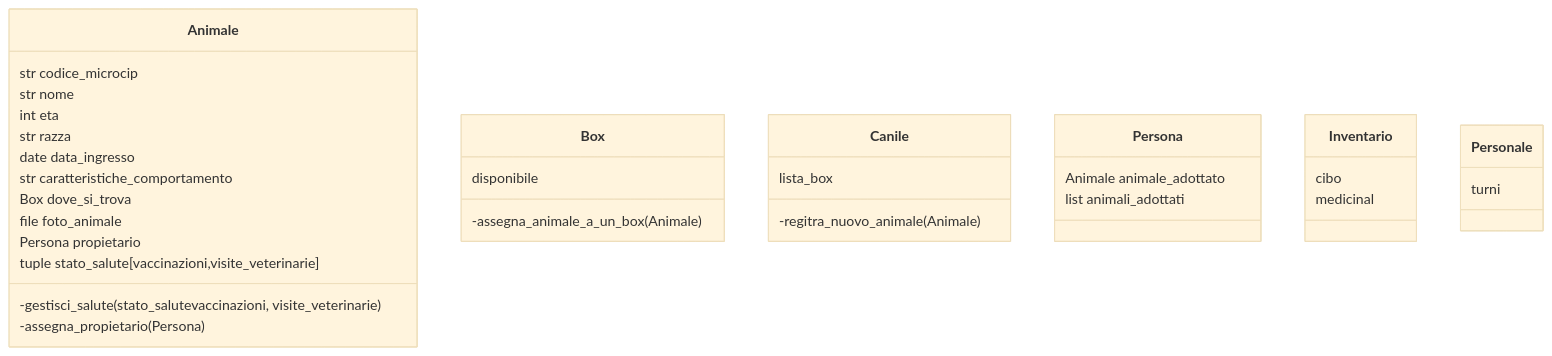
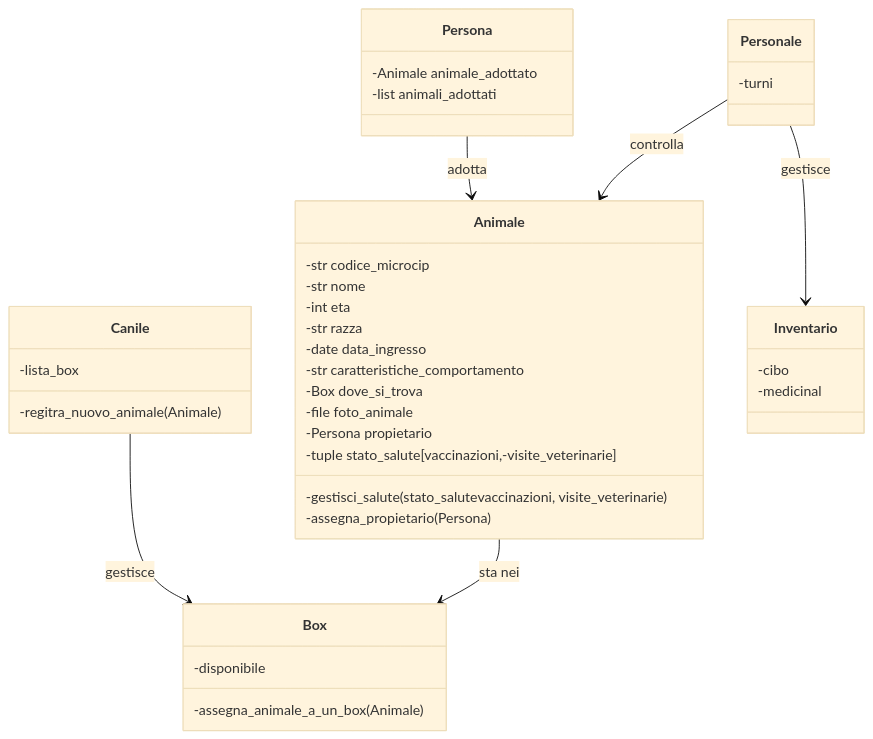
One commit to MarcoArlotti/ssh_sync_4- changed the diagram in arlotti_es19/arlotti_puml_numero_19.md. Above: the diagram before and after it, drawn with Mermaid (base theme). The commit also changed 4 other files, not shown here.

````diff
--- a/arlotti_es19/arlotti_puml_numero_19.md
+++ b/arlotti_es19/arlotti_puml_numero_19.md
@@ -1,36 +1,41 @@
 ```mermaid
     classDiagram
     class Animale {
-    str codice_microcip
-    str nome
-    int eta
-    str razza
-    date data_ingresso
-    str caratteristiche_comportamento
-    Box dove_si_trova
-    file foto_animale
-    Persona propietario
-    tuple stato_salute[vaccinazioni,visite_veterinarie]
+    -str codice_microcip
+    -str nome
+    -int eta
+    -str razza
+    -date data_ingresso
+    -str caratteristiche_comportamento
+    -Box dove_si_trova
+    -file foto_animale
+    -Persona propietario
+    -tuple stato_salute[vaccinazioni,-visite_veterinarie]
     -gestisci_salute(stato_salutevaccinazioni, visite_veterinarie)
     -assegna_propietario(Persona)
     }
     class Box {
-    disponibile
+    -disponibile
     -assegna_animale_a_un_box(Animale)
     }
     class Canile {
-    lista_box
+    -lista_box
     -regitra_nuovo_animale(Animale)
     }
     class Persona {
-    Animale animale_adottato
-    list animali_adottati
+    -Animale animale_adottato
+    -list animali_adottati
     }
     class Inventario {
-    cibo
-    medicinal
+    -cibo
+    -medicinal
     }
     class Personale {
-    turni
+    -turni
     }
+    Canile --> Box :gestisce
+    Persona --> Animale :adotta
+    Animale --> Box :sta nei
+    Personale --> Animale :controlla
+    Personale --> Inventario :gestisce
 ```
````
